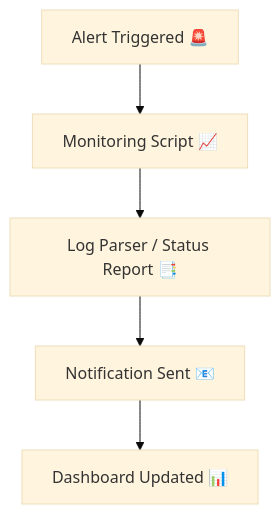
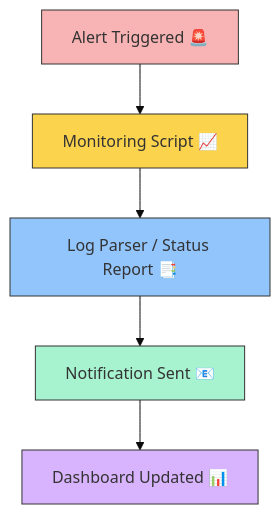
Before and after one commit to mdolawale1-cmyk/automation-scripts: the first of 2 diagrams in README.md, drawn with Mermaid (base theme). The commit also changed other lines of this file, not shown here.

````diff
--- a/README.md
+++ b/README.md
@@ -134,7 +135,15 @@
 ```mermaid
 flowchart TD
     A[Alert Triggered 🚨] --> B[Monitoring Script 📈]
     B --> C[Log Parser / Status Report 📑]
     C --> D[Notification Sent 📧]
     D --> E[Dashboard Updated 📊]
+
+    %% Color styling for each box
+    style A fill:#f8b4b4,stroke:#333,stroke-width:1px
+    style B fill:#fcd34d,stroke:#333,stroke-width:1px
+    style C fill:#93c5fd,stroke:#333,stroke-width:1px
+    style D fill:#a7f3d0,stroke:#333,stroke-width:1px
+    style E fill:#d8b4fe,stroke:#333,stroke-width:1px
+
 ```
````
